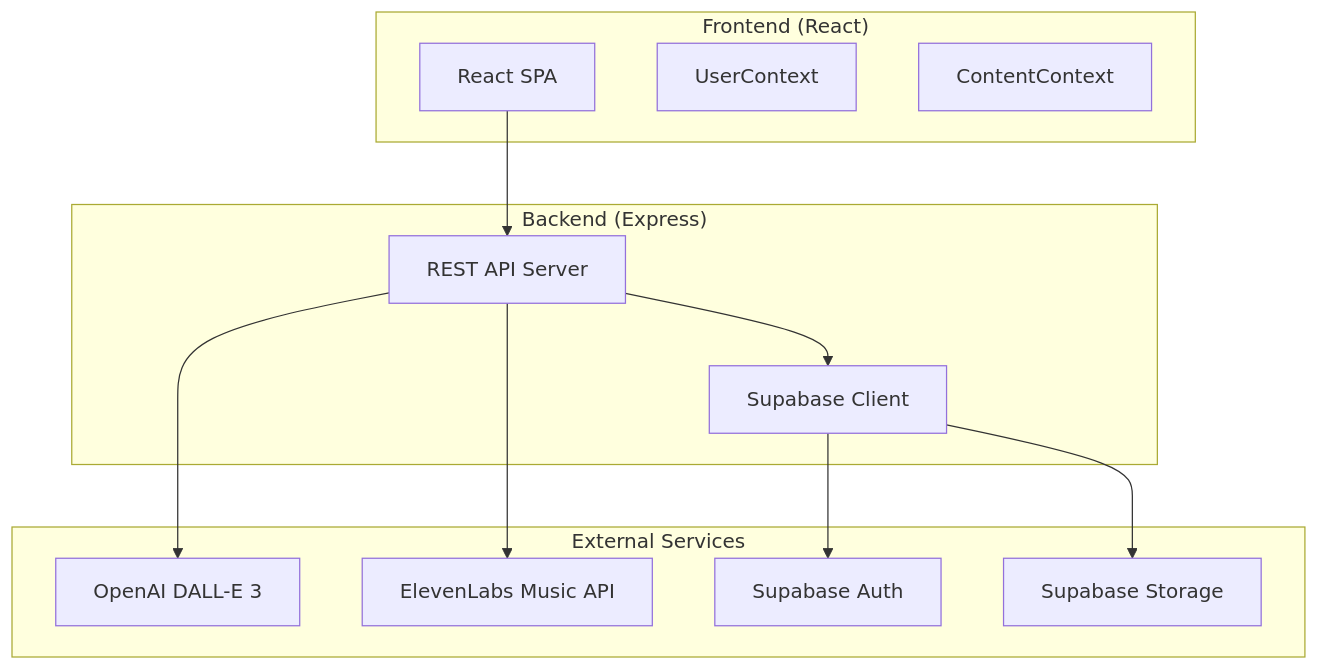
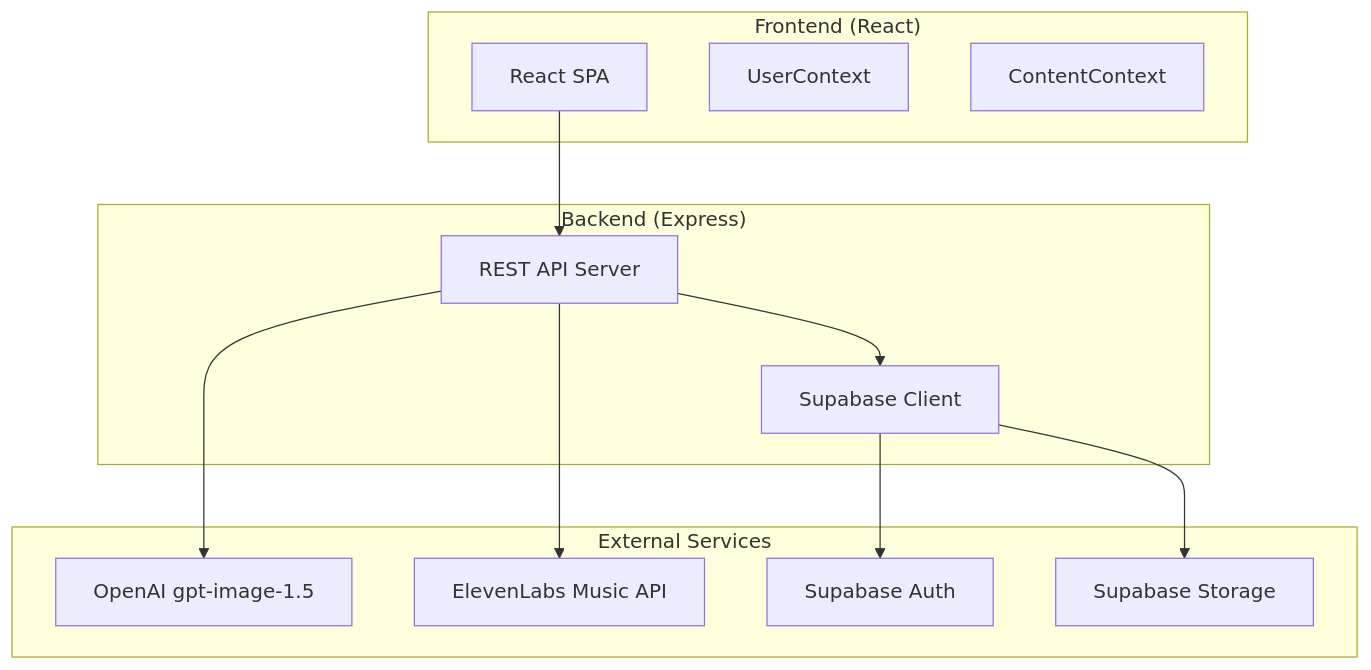
Before and after one commit to abirislam910/Kree: the first of 4 diagrams in README.md, drawn with Mermaid. The commit also changed other lines of this file and 1 other file, not shown here.

First line of the commit message:
Update image generation to gpt-image-1.5

````diff
--- a/README.md
+++ b/README.md
@@ -39,27 +39,27 @@
 ```mermaid
 flowchart TB
     subgraph Client ["Frontend (React)"]
         UI[React SPA]
         UC[UserContext]
         CC[ContentContext]
     end
 
     subgraph Server ["Backend (Express)"]
         API[REST API Server]
         SB[Supabase Client]
     end
 
     subgraph External ["External Services"]
-        OAI[OpenAI DALL-E 3]
+        OAI[OpenAI gpt-image-1.5]
         EL[ElevenLabs Music API]
         SPA[Supabase Auth]
         SPS[Supabase Storage]
     end
 
     UI --> API
     API --> OAI
     API --> EL
     API --> SB
     SB --> SPA
     SB --> SPS
 ```
````
